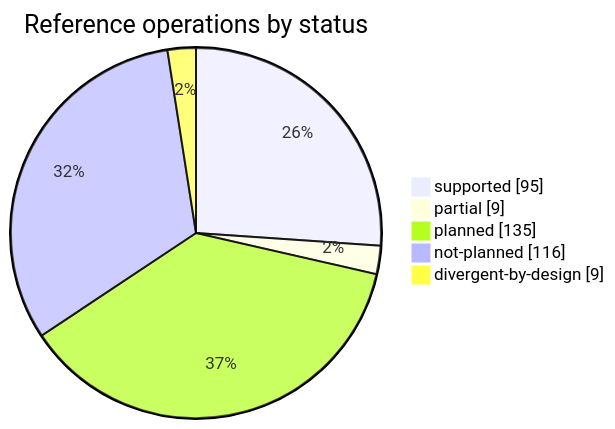
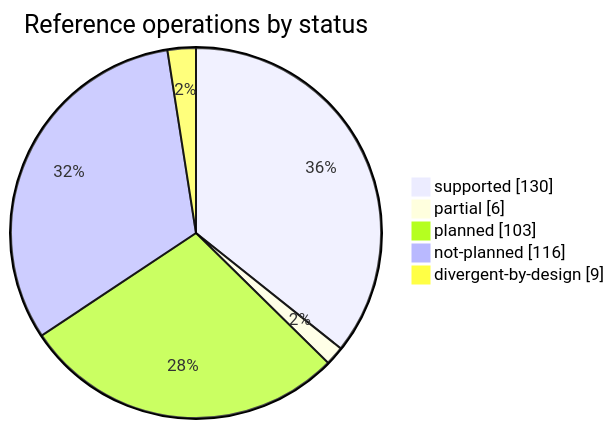
One commit to rafaelvieiras/tinyfin changed the first of 2 diagrams in docs/COVERAGE.md. Above: the diagram before and after it, drawn with Mermaid. The commit also changed other lines of this file and 73 other files, not shown here.

````diff
--- a/docs/COVERAGE.md
+++ b/docs/COVERAGE.md
@@ -32,8 +32,8 @@
 ```mermaid
 pie showData title Reference operations by status
-    "supported" : 95
-    "partial" : 9
-    "planned" : 135
+    "supported" : 130
+    "partial" : 6
+    "planned" : 103
     "not-planned" : 116
     "divergent-by-design" : 9
 ```
````
